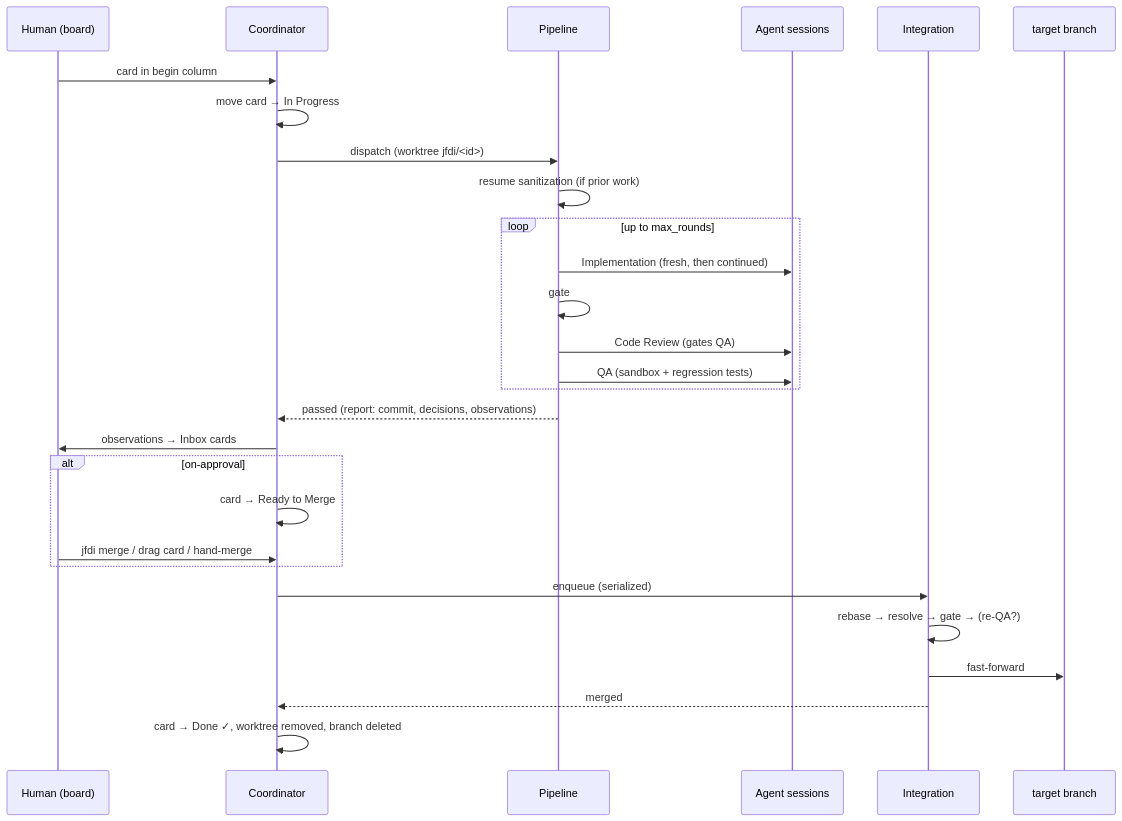
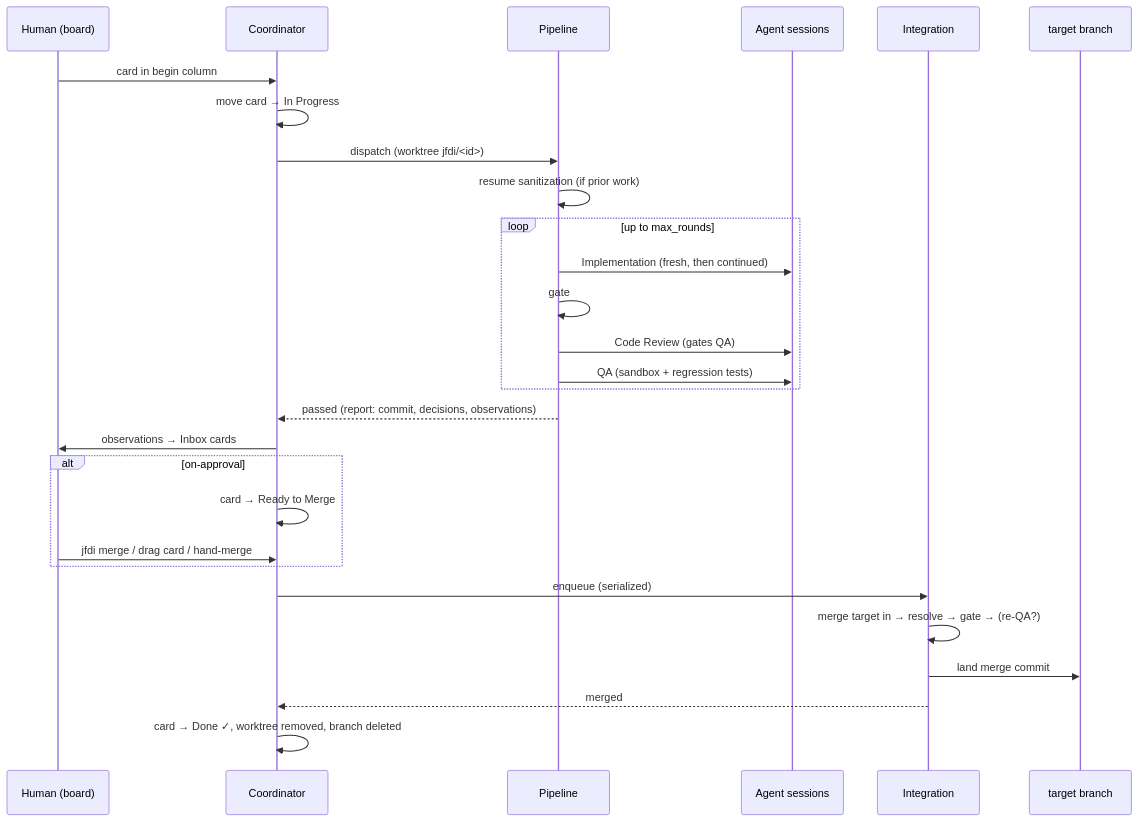
One commit to rdaruszka/jfdi changed the second of 2 diagrams in docs/architecture/overview.md. Above: the diagram before and after it, drawn with Mermaid. The commit also changed other lines of this file and 11 other files, not shown here.

First line of the commit message:
Docs: integration lands a merge commit

````diff
--- a/docs/architecture/overview.md
+++ b/docs/architecture/overview.md
@@ -113,31 +116,31 @@
 ```mermaid
 sequenceDiagram
     participant H as Human (board)
     participant C as Coordinator
     participant P as Pipeline
     participant A as Agent sessions
     participant I as Integration
     participant G as target branch
 
     H->>C: card in begin column
     C->>C: move card → In Progress
     C->>P: dispatch (worktree jfdi/<id>)
     P->>P: resume sanitization (if prior work)
     loop up to max_rounds
         P->>A: Implementation (fresh, then continued)
         P->>P: gate
         P->>A: Code Review (gates QA)
         P->>A: QA (sandbox + regression tests)
     end
     P-->>C: passed (report: commit, decisions, observations)
     C->>H: observations → Inbox cards
     alt on-approval
         C->>C: card → Ready to Merge
         H->>C: jfdi merge / drag card / hand-merge
     end
     C->>I: enqueue (serialized)
-    I->>I: rebase → resolve → gate → (re-QA?)
-    I->>G: fast-forward
+    I->>I: merge target in → resolve → gate → (re-QA?)
+    I->>G: land merge commit
     I-->>C: merged
     C->>C: card → Done ✓, worktree removed, branch deleted
 ```
````
